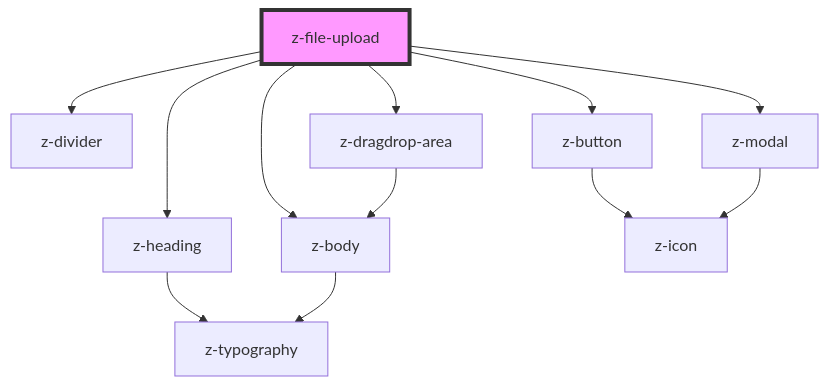
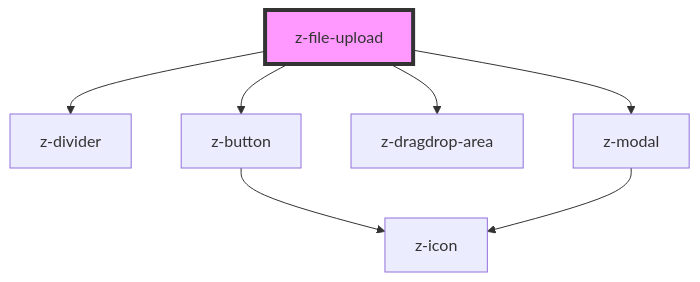
One commit to ZanichelliEditore/design-system changed the diagram in src/components/file-upload/z-file-upload/readme.md. Above: the diagram before and after it, drawn with Mermaid. The commit also changed other lines of this file and 7 other files, not shown here.

````diff
--- a/src/components/file-upload/z-file-upload/readme.md
+++ b/src/components/file-upload/z-file-upload/readme.md
@@ -50,15 +48,10 @@
 ```mermaid
 graph TD;
-  z-file-upload --> z-heading
-  z-file-upload --> z-body
   z-file-upload --> z-divider
   z-file-upload --> z-button
   z-file-upload --> z-dragdrop-area
   z-file-upload --> z-modal
-  z-heading --> z-typography
-  z-body --> z-typography
   z-button --> z-icon
-  z-dragdrop-area --> z-body
   z-modal --> z-icon
   style z-file-upload fill:#f9f,stroke:#333,stroke-width:4px
 ```
````
